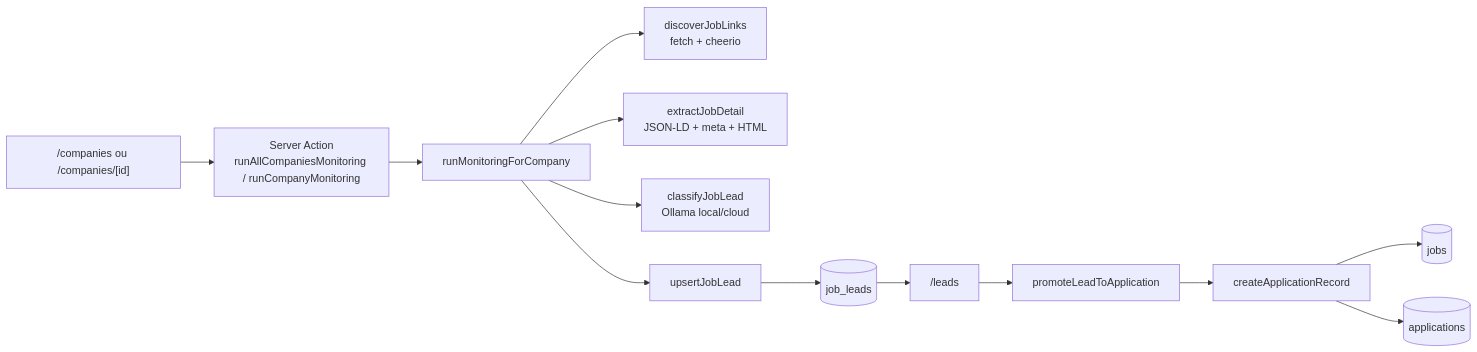
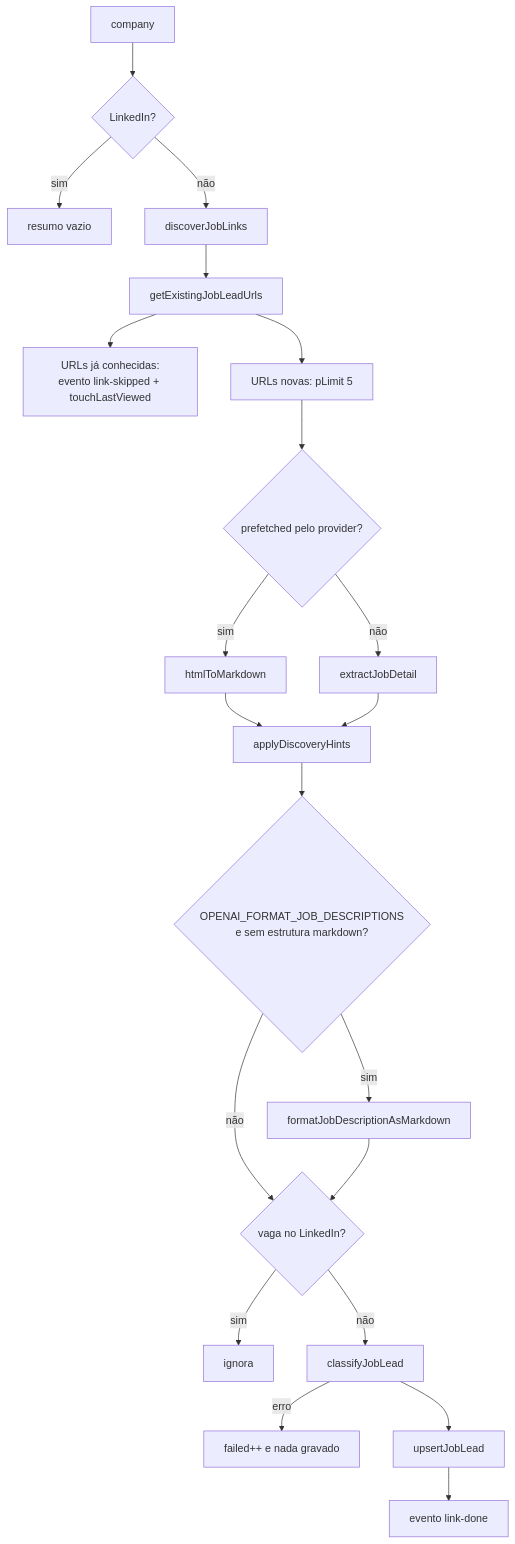
The diagram in docs/radar-manual-de-vagas-implementacao.md (Gabriel-Fachini/job-tracker), drawn with Mermaid before and after one commit. The commit also changed other lines of this file and 21 other files, not shown here.

````diff
--- a/docs/radar-manual-de-vagas-implementacao.md
+++ b/docs/radar-manual-de-vagas-implementacao.md
@@ -37,15 +53,23 @@
 ```mermaid
-flowchart LR
-    A["/companies ou /companies/[id]"] --> B["Server Action<br/>runAllCompaniesMonitoring / runCompanyMonitoring"]
-    B --> C["runMonitoringForCompany"]
-    C --> D["discoverJobLinks<br/>fetch + cheerio"]
-    C --> E["extractJobDetail<br/>JSON-LD + meta + HTML"]
-    C --> F["classifyJobLead<br/>Ollama local/cloud"]
-    C --> G["upsertJobLead"]
-    G --> H[("job_leads")]
-    H --> I["/leads"]
-    I --> J["promoteLeadToApplication"]
-    J --> K["createApplicationRecord"]
-    K --> L[("jobs")]
-    K --> M[("applications")]
+flowchart TD
+    A[company] --> B{LinkedIn?}
+    B -- sim --> Z[resumo vazio]
+    B -- não --> C[discoverJobLinks]
+    C --> D[getExistingJobLeadUrls]
+    D --> E[URLs já conhecidas:<br/>evento link-skipped + touchLastViewed]
+    D --> F[URLs novas: pLimit 5]
+    F --> G{prefetched pelo provider?}
+    G -- sim --> H[htmlToMarkdown]
+    G -- não --> I[extractJobDetail]
+    H --> J[applyDiscoveryHints]
+    I --> J
+    J --> K{OPENAI_FORMAT_JOB_DESCRIPTIONS<br/>e sem estrutura markdown?}
+    K -- sim --> L[formatJobDescriptionAsMarkdown]
+    K -- não --> M
+    L --> M{vaga no LinkedIn?}
+    M -- sim --> Z2[ignora]
+    M -- não --> N[classifyJobLead]
+    N -- erro --> X[failed++ e nada gravado]
+    N --> O[upsertJobLead]
+    O --> P[evento link-done]
 ```
````
